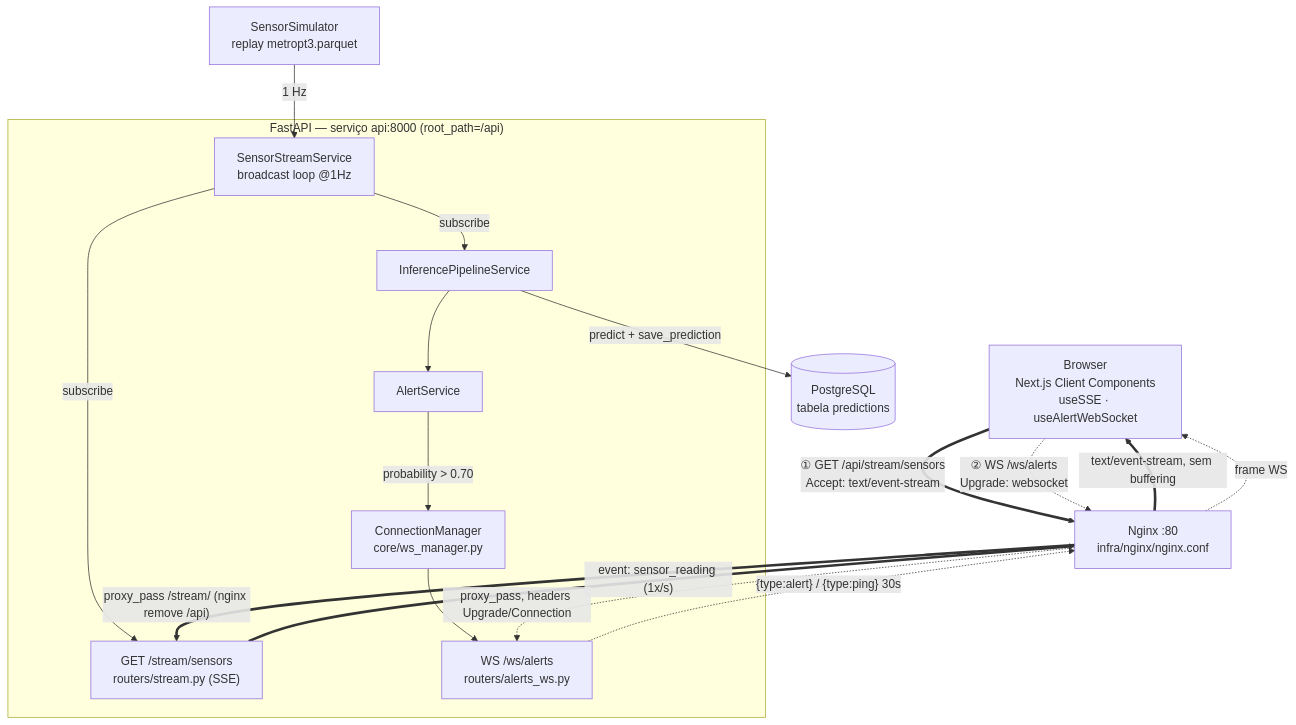
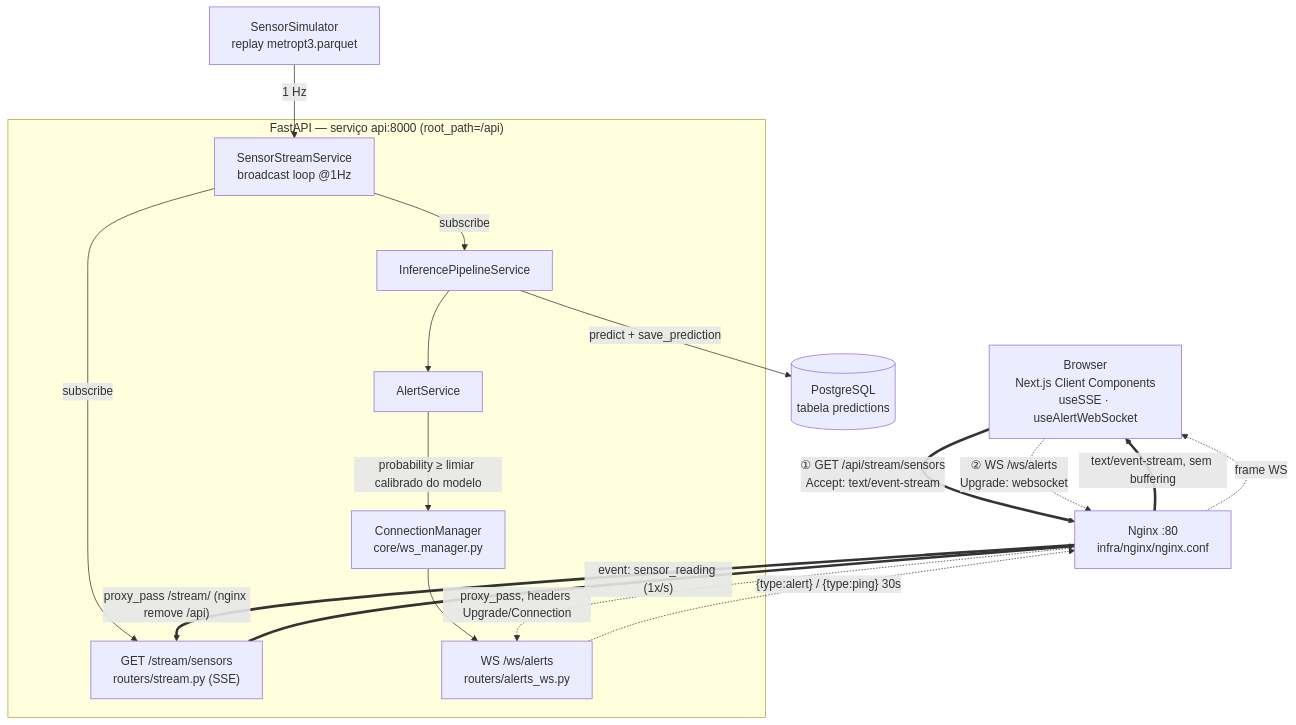
The first of 15 diagrams in README.md (ronaldosimeone/tcc-project), drawn with Mermaid before and after one commit. The commit also changed other lines of this file and 3 other files, not shown here.

````diff
--- a/README.md
+++ b/README.md
@@ -270,35 +270,35 @@
 ```mermaid
 flowchart TB
     B["Browser<br/>Next.js Client Components<br/>useSSE · useAlertWebSocket"]
     N["Nginx :80<br/>infra/nginx/nginx.conf"]
 
     subgraph API["FastAPI — serviço api:8000 (root_path=/api)"]
         SR["GET /stream/sensors<br/>routers/stream.py (SSE)"]
         WR["WS /ws/alerts<br/>routers/alerts_ws.py"]
         SS["SensorStreamService<br/>broadcast loop @1Hz"]
         CM["ConnectionManager<br/>core/ws_manager.py"]
         IP["InferencePipelineService"]
         AS["AlertService"]
     end
 
     SIM["SensorSimulator<br/>replay metropt3.parquet"]
     DB[("PostgreSQL<br/>tabela predictions")]
 
     SIM -->|"1 Hz"| SS
     SS -->|subscribe| SR
     SS -->|subscribe| IP
     IP -->|"predict + save_prediction"| DB
     IP --> AS
-    AS -->|"probability > 0.70"| CM
+    AS -->|"probability ≥ limiar calibrado do modelo"| CM
     CM --> WR
 
     B ==>|"① GET /api/stream/sensors<br/>Accept: text/event-stream"| N
     N ==>|"proxy_pass /stream/ (nginx remove /api)"| SR
     SR ==>|"event: sensor_reading (1x/s)"| N
     N ==>|"text/event-stream, sem buffering"| B
 
     B -.->|"② WS /ws/alerts<br/>Upgrade: websocket"| N
     N -.->|"proxy_pass, headers Upgrade/Connection"| WR
     WR -.->|"{type:alert} / {type:ping} 30s"| N
     N -.->|"frame WS"| B
 ```
````
